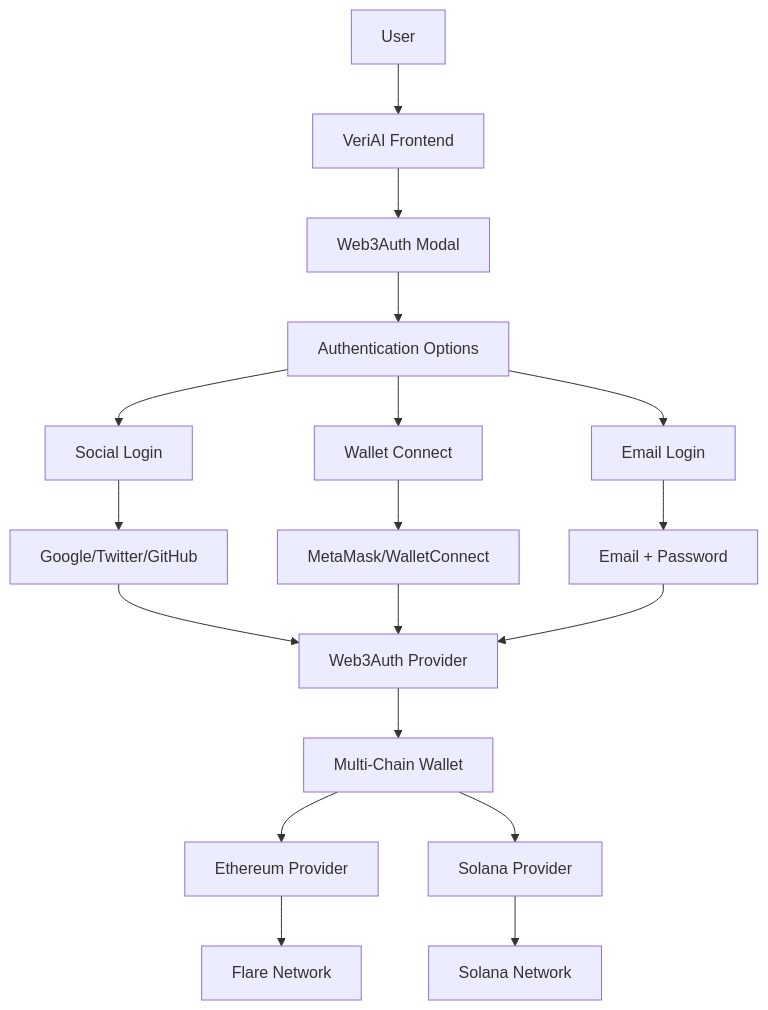
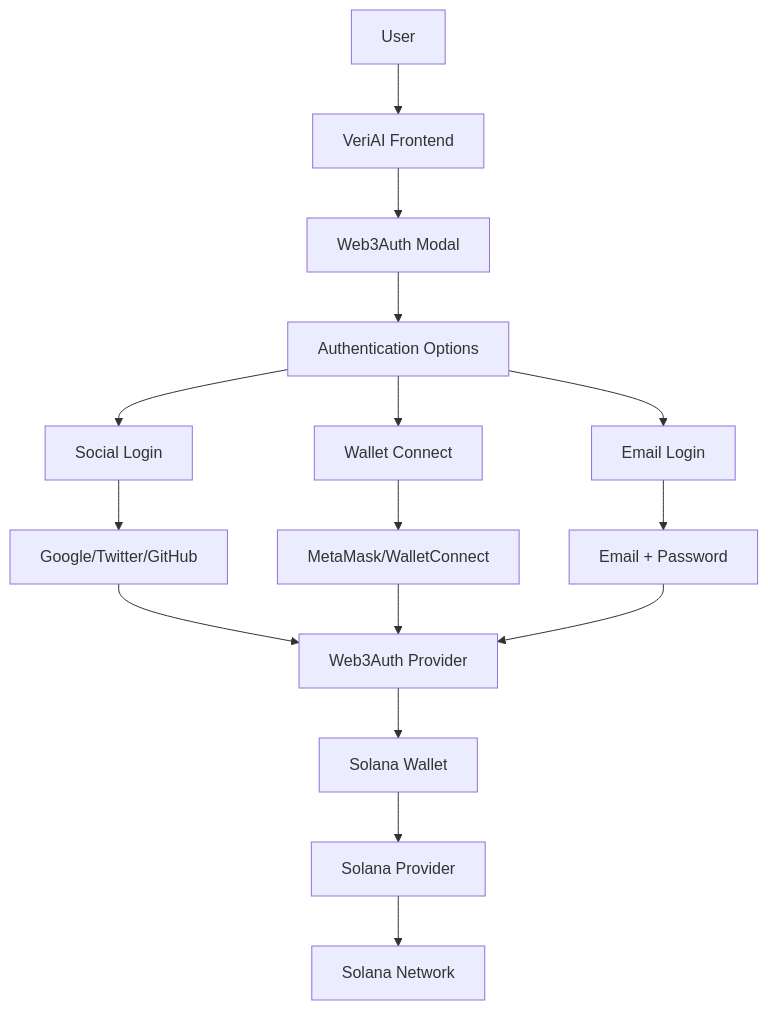
Before and after one commit to BenStacks/veriai: the diagram in WEB3AUTH_INTEGRATION.md, drawn with Mermaid. The commit also changed other lines of this file and 12 other files, not shown here.

````diff
--- a/WEB3AUTH_INTEGRATION.md
+++ b/WEB3AUTH_INTEGRATION.md
@@ -9,25 +9,23 @@
 ```mermaid
 graph TB
     A[User] --> B[VeriAI Frontend]
     B --> C[Web3Auth Modal]
     C --> D[Authentication Options]
 
     D --> E[Social Login]
     D --> F[Wallet Connect]
     D --> G[Email Login]
 
     E --> H[Google/Twitter/GitHub]
     F --> I[MetaMask/WalletConnect]
     G --> J[Email + Password]
 
     H --> K[Web3Auth Provider]
     I --> K
     J --> K
 
-    K --> L[Multi-Chain Wallet]
-    L --> M[Ethereum Provider]
-    L --> N[Solana Provider]
+    K --> L[Solana Wallet]
+    L --> M[Solana Provider]
 
-    M --> O[Flare Network]
-    N --> P[Solana Network]
+    M --> N[Solana Network]
 ```
````
